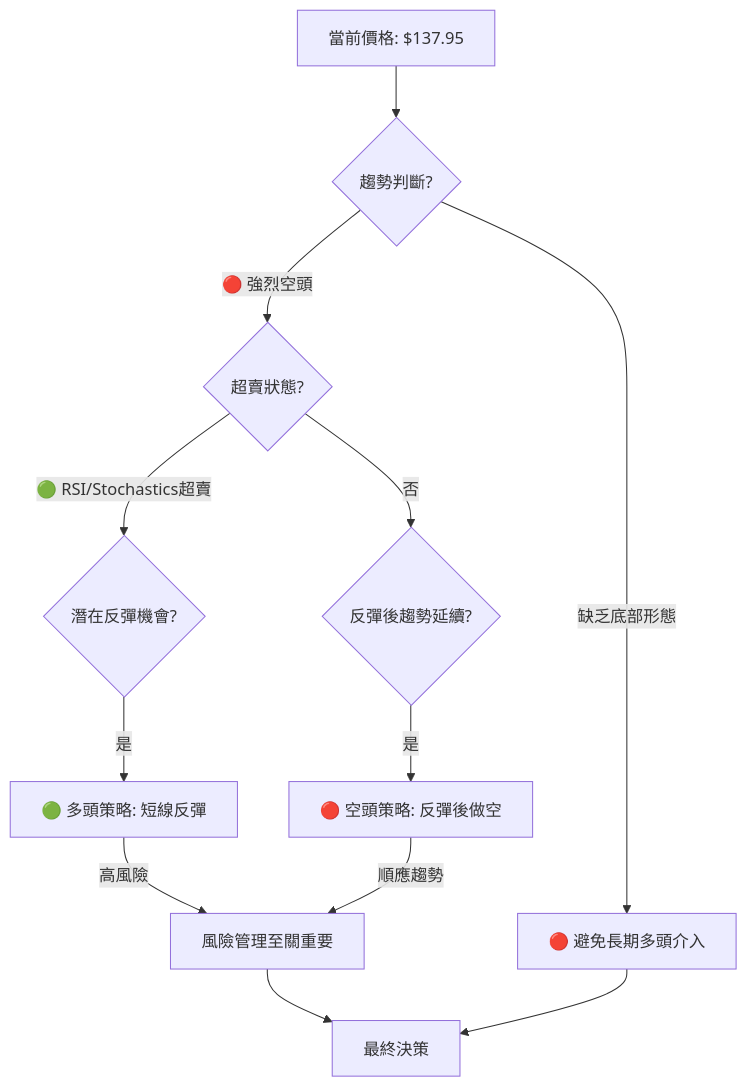
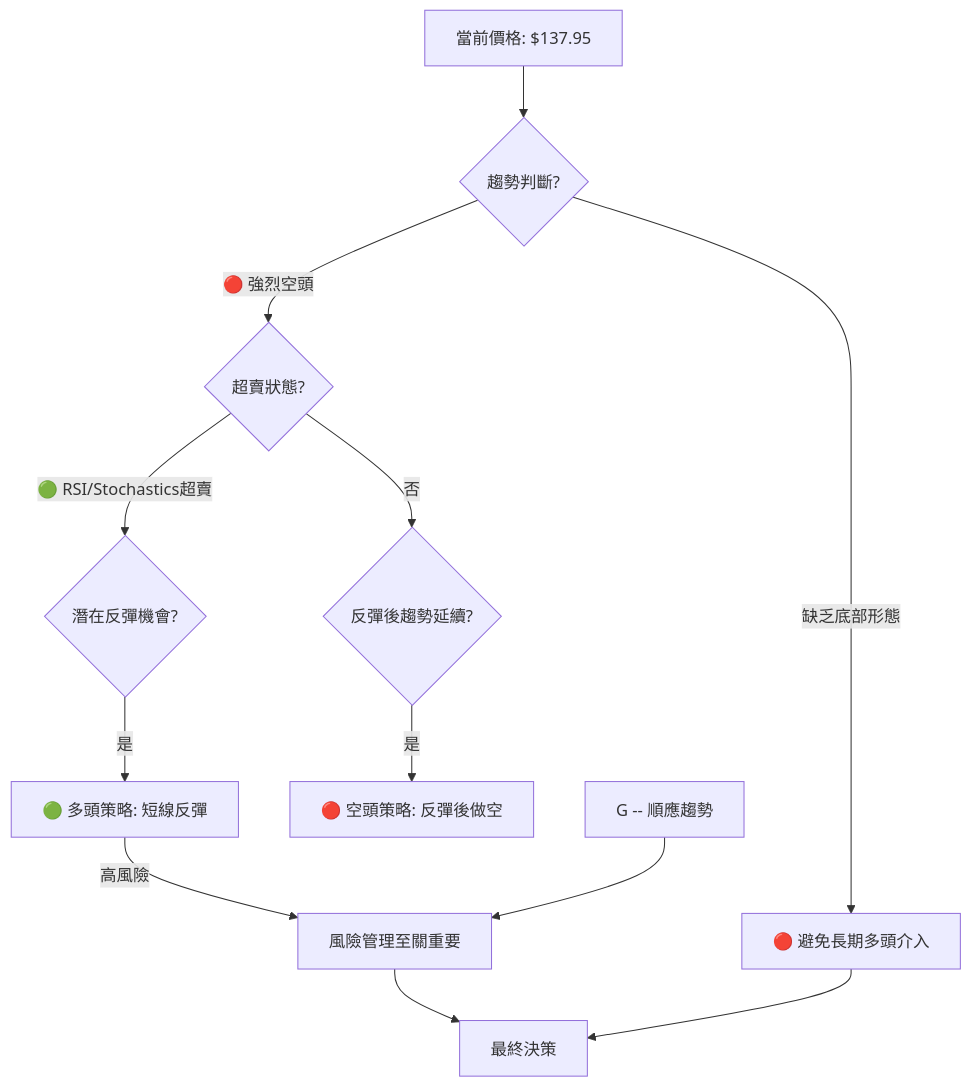
Before and after one commit to yennanliu/finance_data: diagram 11 of 12 in ai_gen_report/stock/avav/technical_analysis_2026-06-29_gemini.md, drawn with Mermaid. The commit also changed other lines of this file and 2258 other files, not shown here.

First line of the commit message:
chore: backfill Mermaid syntax repair across existing reports

````diff
--- a/ai_gen_report/stock/avav/technical_analysis_2026-06-29_gemini.md
+++ b/ai_gen_report/stock/avav/technical_analysis_2026-06-29_gemini.md
@@ -591,13 +591,13 @@
 ```mermaid
 graph TD
-    A[當前價格: $137.95] --> B{趨勢判斷?}
-    B -- 🔴 強烈空頭 --> C{超賣狀態?}
-    C -- 🟢 RSI/Stochastics超賣 --> D{潛在反彈機會?}
-    D -- 是 --> E[🟢 多頭策略: 短線反彈]
-    C -- 否 --> F{反彈後趨勢延續?}
-    F -- 是 --> G[🔴 空頭策略: 反彈後做空]
-    E -- 高風險 --> H[風險管理至關重要]
-    G -- 順應趨勢 --> H
-    B -- 缺乏底部形態 --> I[🔴 避免長期多頭介入]
-    H & I --> J[最終決策]
+    A["當前價格: $137.95"] --> B{"趨勢判斷?"}
+    B -- 🔴 強烈空頭 --> C{"超賣狀態?"}
+    C -- 🟢 RSI/Stochastics超賣 --> D{"潛在反彈機會?"}
+    D -- 是 --> E["🟢 多頭策略: 短線反彈"]
+    C -- 否 --> F{"反彈後趨勢延續?"}
+    F -- 是 --> G["🔴 空頭策略: 反彈後做空"]
+    E -- 高風險 --> H["風險管理至關重要"]
+    nb1["G -- 順應趨勢"] --> H
+    B -- 缺乏底部形態 --> I["🔴 避免長期多頭介入"]
+    H & I --> J["最終決策"]
 ```
````
